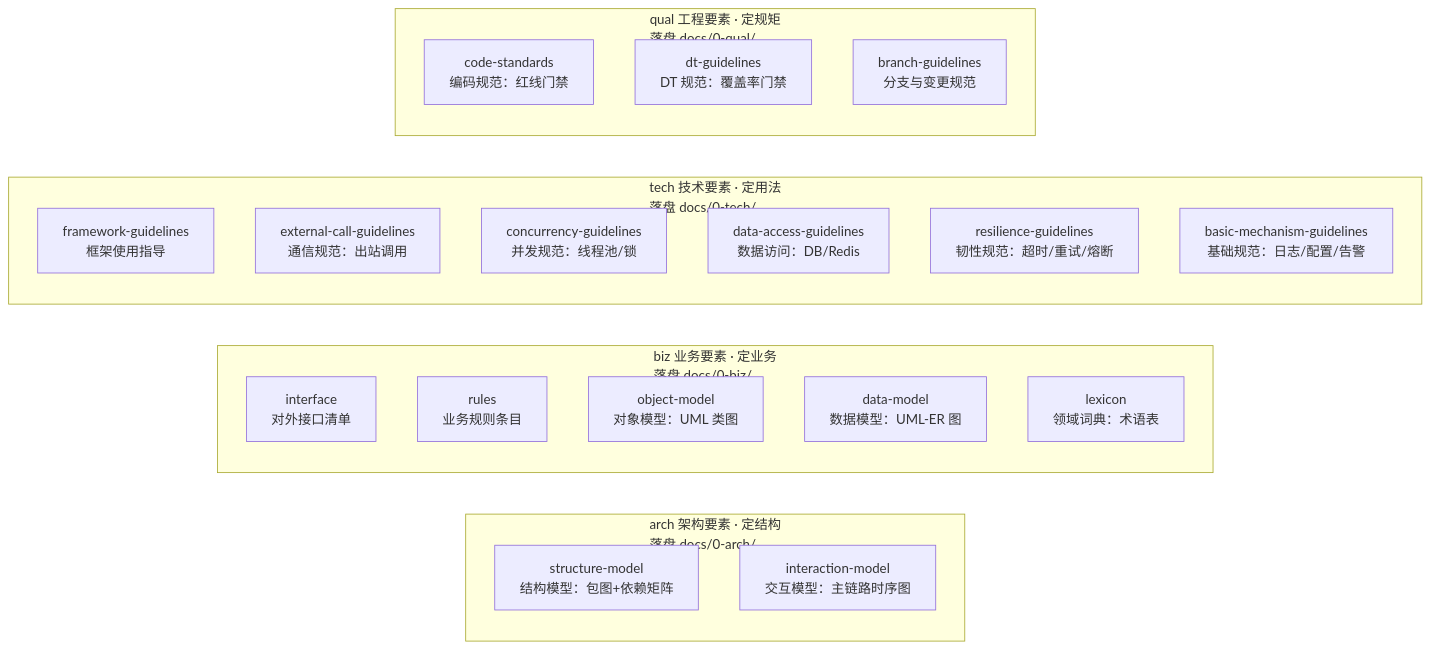
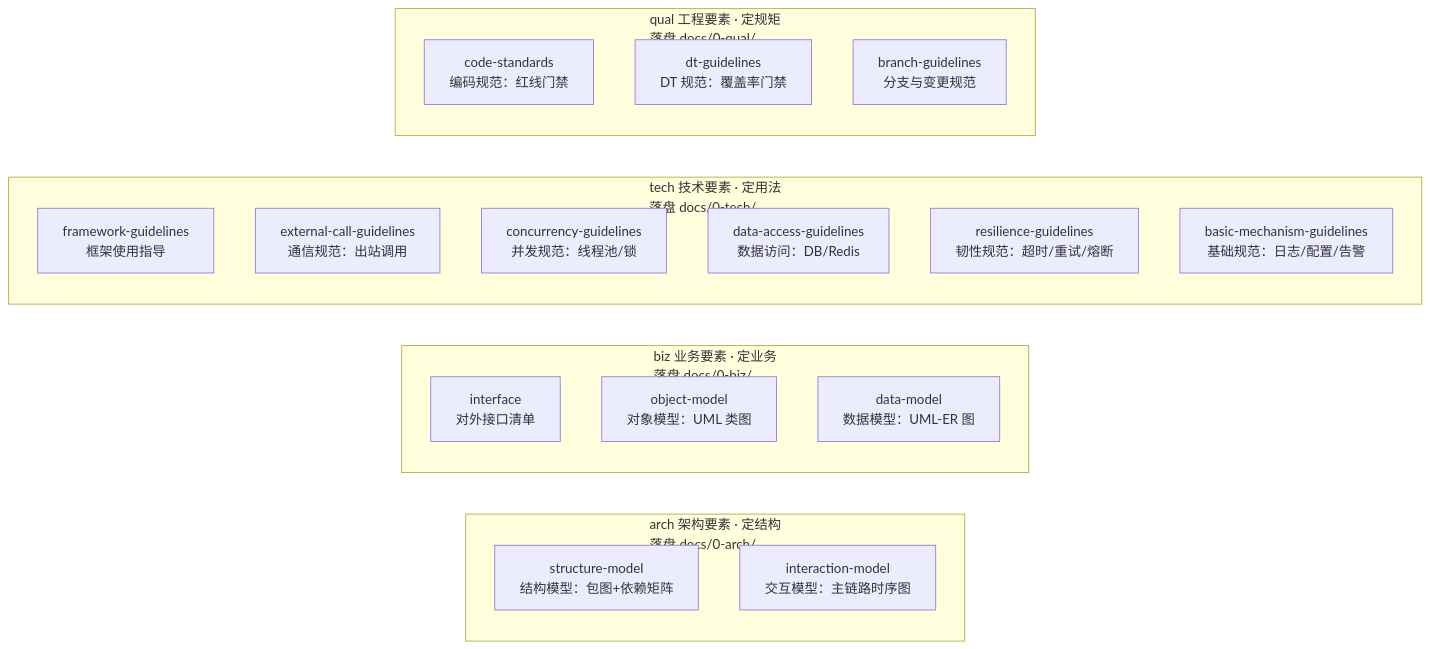
One commit to CoreGeekASTL/specgo changed the first of 4 diagrams in README.md. Above: the diagram before and after it, drawn with Mermaid. The commit also changed other lines of this file and 61 other files, not shown here.

````diff
--- a/README.md
+++ b/README.md
@@ -11,31 +11,29 @@
 ```mermaid
 flowchart LR
     subgraph ARCH["arch 架构要素 · 定结构<br/>落盘 docs/0-arch/"]
         direction TB
         A1["structure-model<br/>结构模型：包图+依赖矩阵"]
         A2["interaction-model<br/>交互模型：主链路时序图"]
     end
     subgraph BIZ["biz 业务要素 · 定业务<br/>落盘 docs/0-biz/"]
         direction TB
         B1["interface<br/>对外接口清单"]
-        B2["rules<br/>业务规则条目"]
-        B3["object-model<br/>对象模型：UML 类图"]
-        B4["data-model<br/>数据模型：UML-ER 图"]
-        B5["lexicon<br/>领域词典：术语表"]
+        B2["object-model<br/>对象模型：UML 类图"]
+        B3["data-model<br/>数据模型：UML-ER 图"]
     end
     subgraph TECH["tech 技术要素 · 定用法<br/>落盘 docs/0-tech/"]
         direction TB
         T1["framework-guidelines<br/>框架使用指导"]
         T2["external-call-guidelines<br/>通信规范：出站调用"]
         T3["concurrency-guidelines<br/>并发规范：线程池/锁"]
         T4["data-access-guidelines<br/>数据访问：DB/Redis"]
         T5["resilience-guidelines<br/>韧性规范：超时/重试/熔断"]
         T6["basic-mechanism-guidelines<br/>基础规范：日志/配置/告警"]
     end
     subgraph QUAL["qual 工程要素 · 定规矩<br/>落盘 docs/0-qual/"]
         direction TB
         Q1["code-standards<br/>编码规范：红线门禁"]
         Q2["dt-guidelines<br/>DT 规范：覆盖率门禁"]
         Q3["branch-guidelines<br/>分支与变更规范"]
     end
 ```
````
